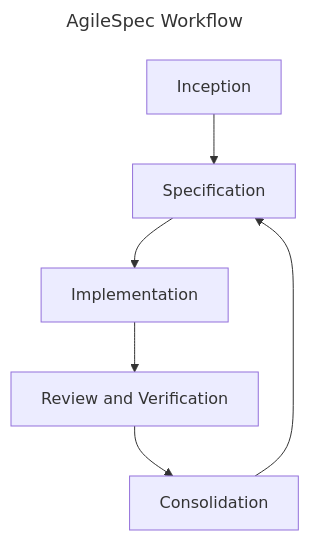
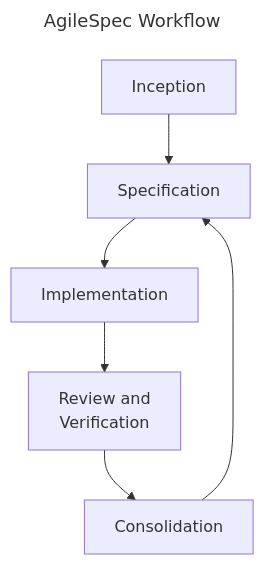
Before and after one commit to mtov/AgileSpec: the sixth of 9 diagrams in README.md, drawn with Mermaid. The commit also changed other lines of this file, not shown here.

Commit message:
docs: improve diagram layouts and remove redundant principles diagram

````diff
--- a/README.md
+++ b/README.md
@@ -269,17 +269,17 @@
 ```mermaid
 ---
 title: AgileSpec Workflow
 ---
 flowchart TD
     A["Inception"]
     B["Specification"]
     C["Implementation"]
-    D["Review and Verification"]
+    D["Review and<br/>Verification"]
     E["Consolidation"]
 
     A --> B
     B --> C
     C --> D
     D --> E
     E --> B
 ```
````
